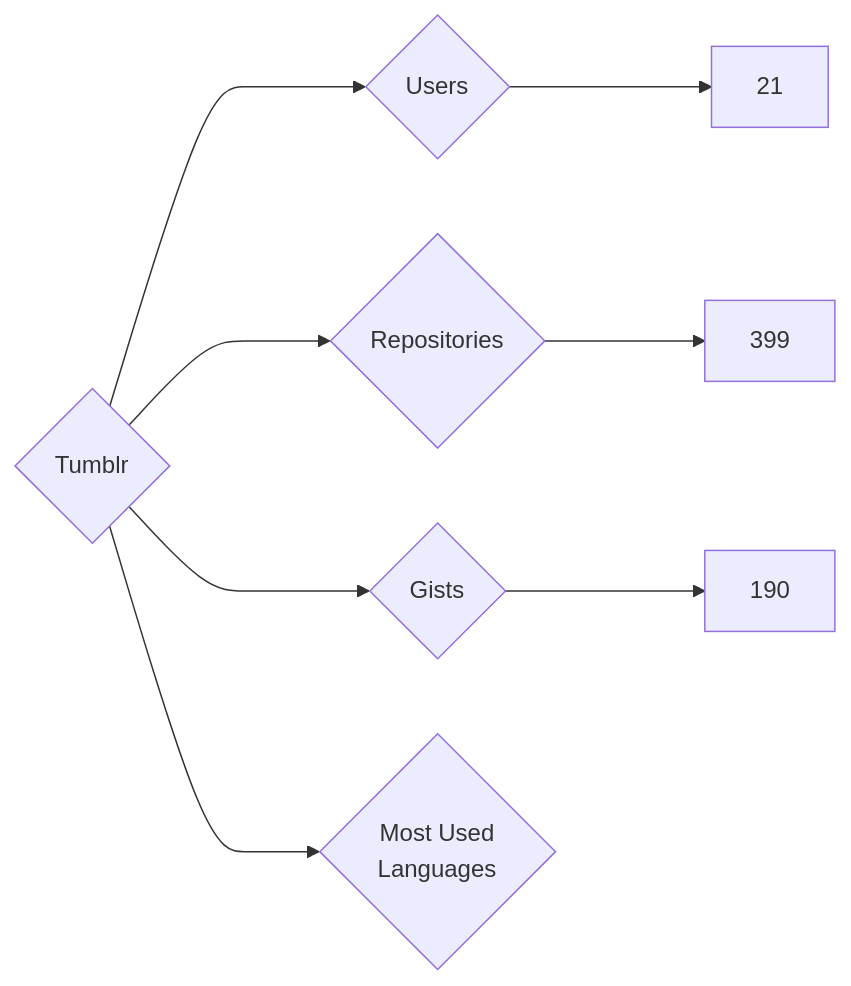
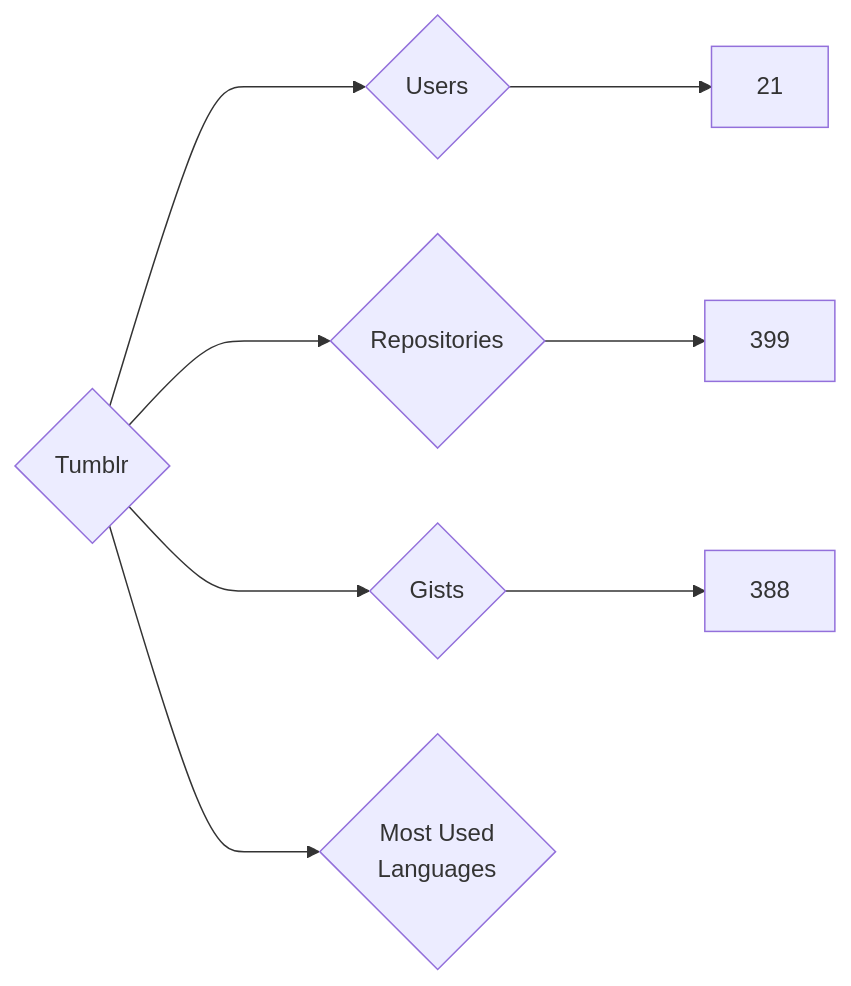
One commit to nenadzaric/insiders changed the diagram in targets/Tumblr/README.md. Above: the diagram before and after it, drawn with Mermaid. The commit also changed 1342 other files, not shown here.

````diff
--- a/targets/Tumblr/README.md
+++ b/targets/Tumblr/README.md
@@ -3,8 +3,8 @@
 ```mermaid
 graph LR
 COMPANY_NAME{Tumblr}
 COMPANY_NAME ---> U{Users} ---> UN[21]
 COMPANY_NAME ---> R{Repositories} ---> RN[399]
-COMPANY_NAME ---> G{Gists} ---> GN[190]
+COMPANY_NAME ---> G{Gists} ---> GN[388]
 COMPANY_NAME ---> ML{Most Used<br>Languages}
 ```
````
